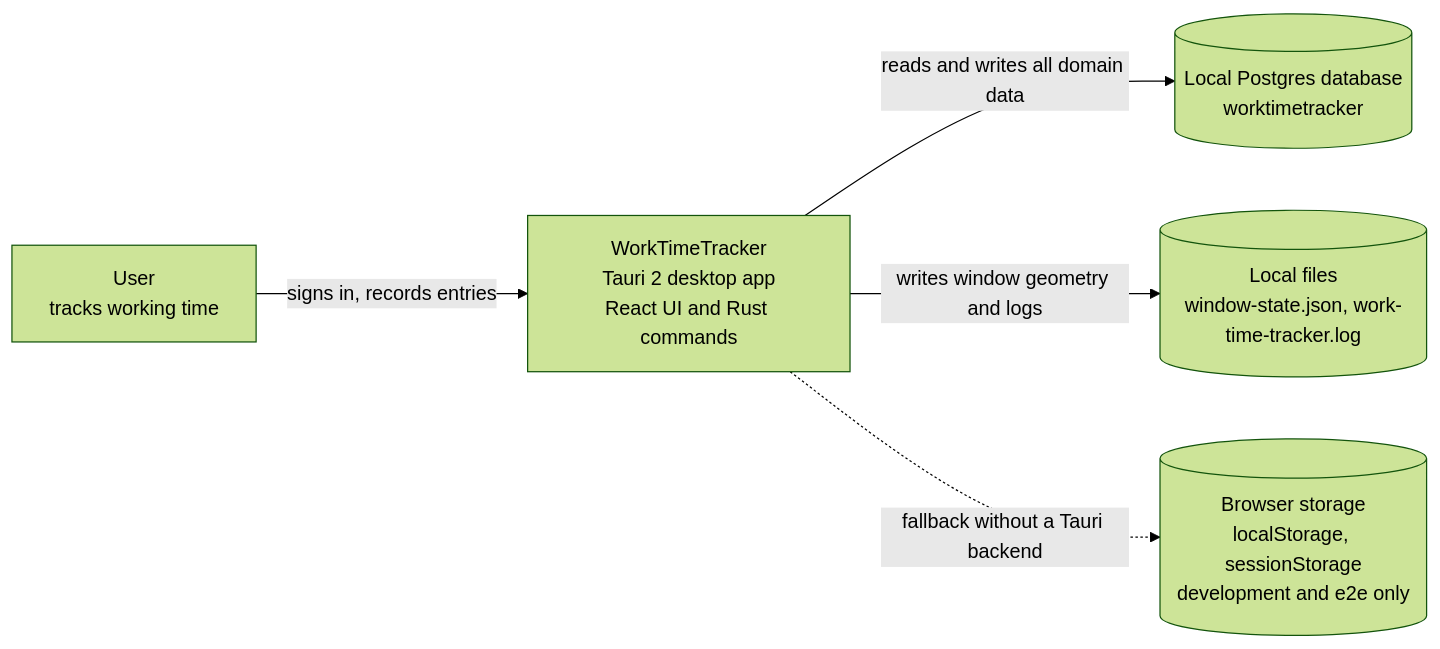
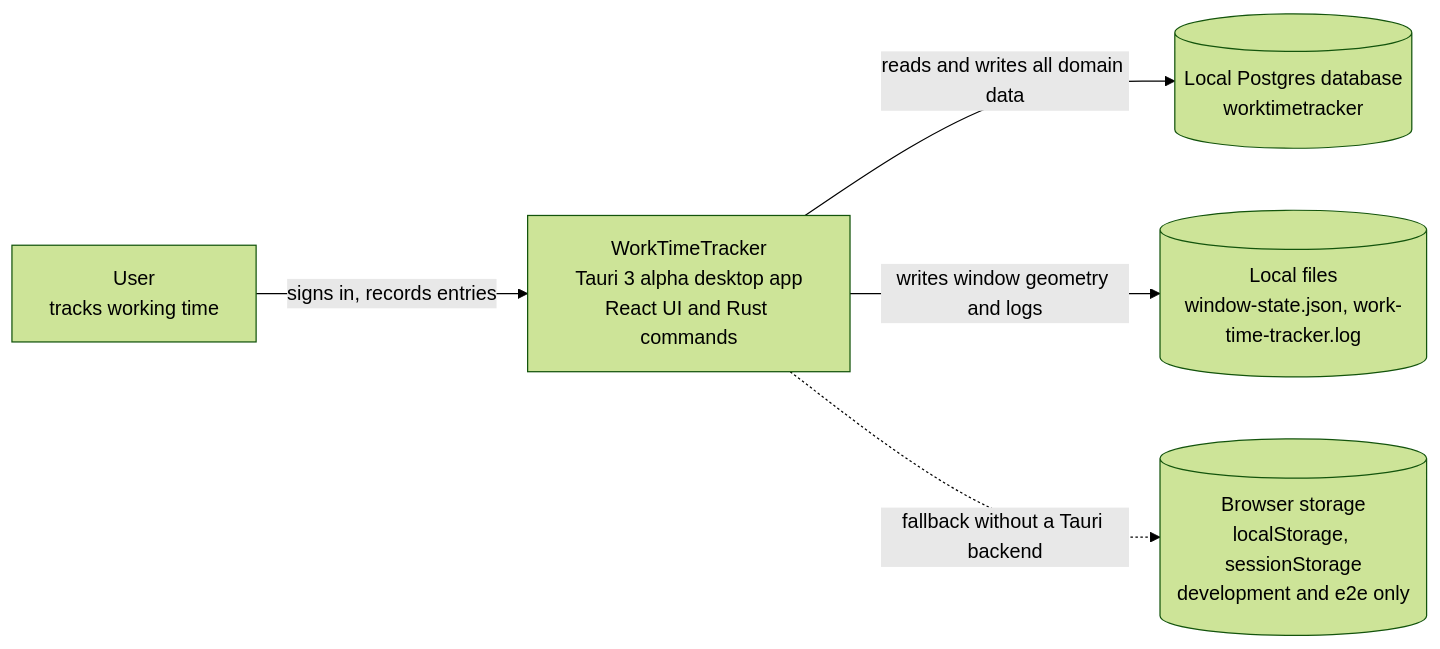
One commit to serious6/WorkTimeTracker changed the first of 3 diagrams in docs/data-model.md. Above: the diagram before and after it, drawn with Mermaid (forest theme). The commit also changed 11 other files, not shown here.

First line of the commit message:
chore(deps): migrate to tauri 3 alpha

````diff
--- a/docs/data-model.md
+++ b/docs/data-model.md
@@ -15,13 +15,13 @@
 ```mermaid
 flowchart LR
   user["User<br/>tracks working time"]
-  app["WorkTimeTracker<br/>Tauri 2 desktop app<br/>React UI and Rust commands"]
+  app["WorkTimeTracker<br/>Tauri 3 alpha desktop app<br/>React UI and Rust commands"]
   db[("Local Postgres database<br/>worktimetracker")]
   files[("Local files<br/>window-state.json, work-time-tracker.log")]
   browser[("Browser storage<br/>localStorage, sessionStorage<br/>development and e2e only")]
 
   user -->|"signs in, records entries"| app
   app -->|"reads and writes all domain data"| db
   app -->|"writes window geometry and logs"| files
   app -.->|"fallback without a Tauri backend"| browser
 ```
````
